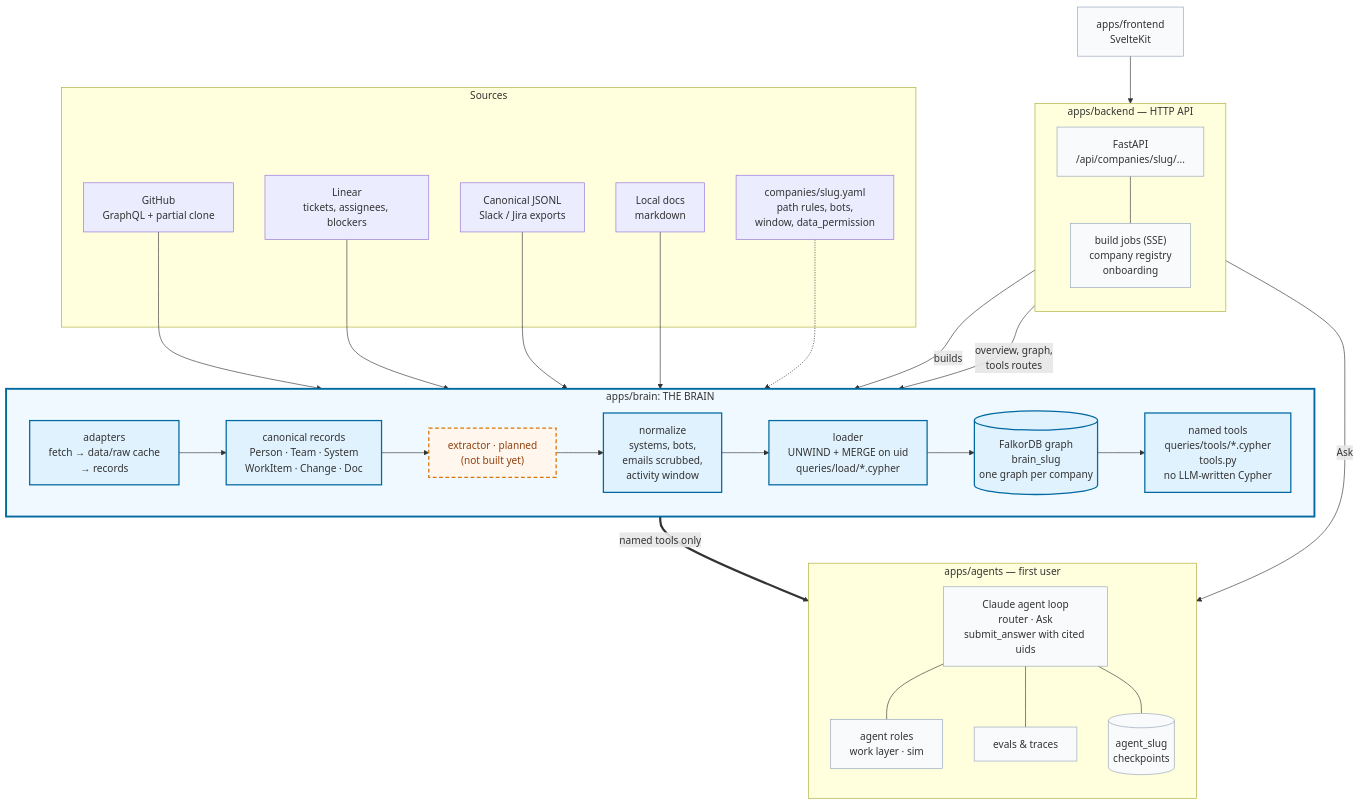
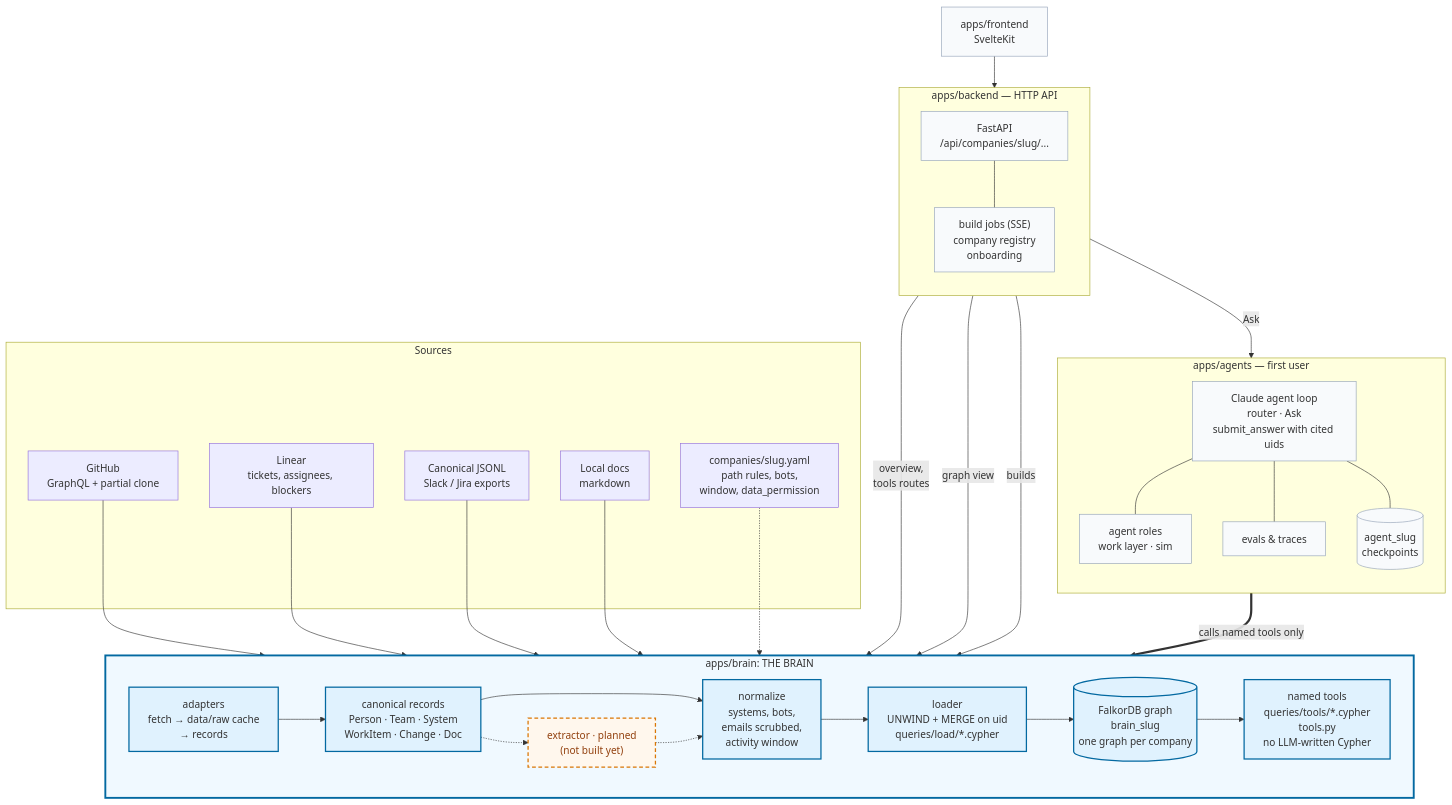
One commit to himanshu634/citadel changed the diagram in docs/architecture/architecture.mmd. Above: the diagram before and after it, drawn with Mermaid. The commit also changed 3 other files, not shown here.

```diff
--- a/docs/architecture/architecture.mmd
+++ b/docs/architecture/architecture.mmd
@@ -1,59 +1,61 @@
 graph TB
   subgraph SRC["Sources"]
     GH["GitHub<br/>GraphQL + partial clone"]
     LIN["Linear<br/>tickets, assignees, blockers"]
     JSONL["Canonical JSONL<br/>Slack / Jira exports"]
     DOCS["Local docs<br/>markdown"]
     CFG["companies/slug.yaml<br/>path rules, bots,<br/>window, data_permission"]
   end
 
   subgraph BRAIN["apps/brain: THE BRAIN"]
     direction LR
     AD["adapters<br/>fetch → data/raw cache<br/>→ records"]
     CAN["canonical records<br/>Person · Team · System<br/>WorkItem · Change · Doc"]
     EXT["extractor · planned<br/>(not built yet)"]
     NORM["normalize<br/>systems, bots,<br/>emails scrubbed,<br/>activity window"]
     LOAD["loader<br/>UNWIND + MERGE on uid<br/>queries/load/*.cypher"]
     G[("FalkorDB graph<br/>brain_slug<br/>one graph per company")]
     TOOLS["named tools<br/>queries/tools/*.cypher<br/>tools.py<br/>no LLM-written Cypher"]
-    AD --> CAN --> EXT --> NORM --> LOAD --> G --> TOOLS
+    AD --> CAN --> NORM --> LOAD --> G --> TOOLS
+    CAN -.-> EXT -.-> NORM
   end
 
   subgraph AGENTS["apps/agents — first user"]
     direction TB
     LOOP["Claude agent loop<br/>router · Ask<br/>submit_answer with cited uids"]
     ROLES["agent roles<br/>work layer · sim"]
     EVAL["evals & traces"]
     CK[("agent_slug<br/>checkpoints")]
     LOOP --- ROLES
     LOOP --- EVAL
     LOOP --- CK
   end
 
   subgraph BACK["apps/backend — HTTP API"]
     direction TB
     API["FastAPI<br/>/api/companies/slug/..."]
     JOBS["build jobs (SSE)<br/>company registry<br/>onboarding"]
   end
 
   FE["apps/frontend<br/>SvelteKit"]
 
   GH --> AD
   LIN --> AD
   JSONL --> AD
   DOCS --> AD
   CFG -.-> NORM
-  TOOLS ==>|"named tools only"| LOOP
-  API -->|"overview, graph,<br/>tools routes"| TOOLS
+  LOOP ==>|"calls named tools only"| TOOLS
+  API -->|"overview,<br/>tools routes"| TOOLS
+  API -->|"graph view"| G
   API -->|"Ask"| LOOP
   JOBS -->|"builds"| AD
   FE --> API
   API --- JOBS
 
   classDef planned stroke-dasharray: 6 4,stroke:#d97706,stroke-width:2px,fill:#fff7ed,color:#92400e
   classDef engine fill:#e0f2fe,stroke:#0369a1,stroke-width:2px
   classDef thin fill:#f8fafc,stroke:#94a3b8
   class EXT planned
   class AD,CAN,NORM,LOAD,G,TOOLS engine
   class API,JOBS,FE,LOOP,ROLES,EVAL,CK thin
   style BRAIN fill:#f0f9ff,stroke:#0369a1,stroke-width:3px
```
